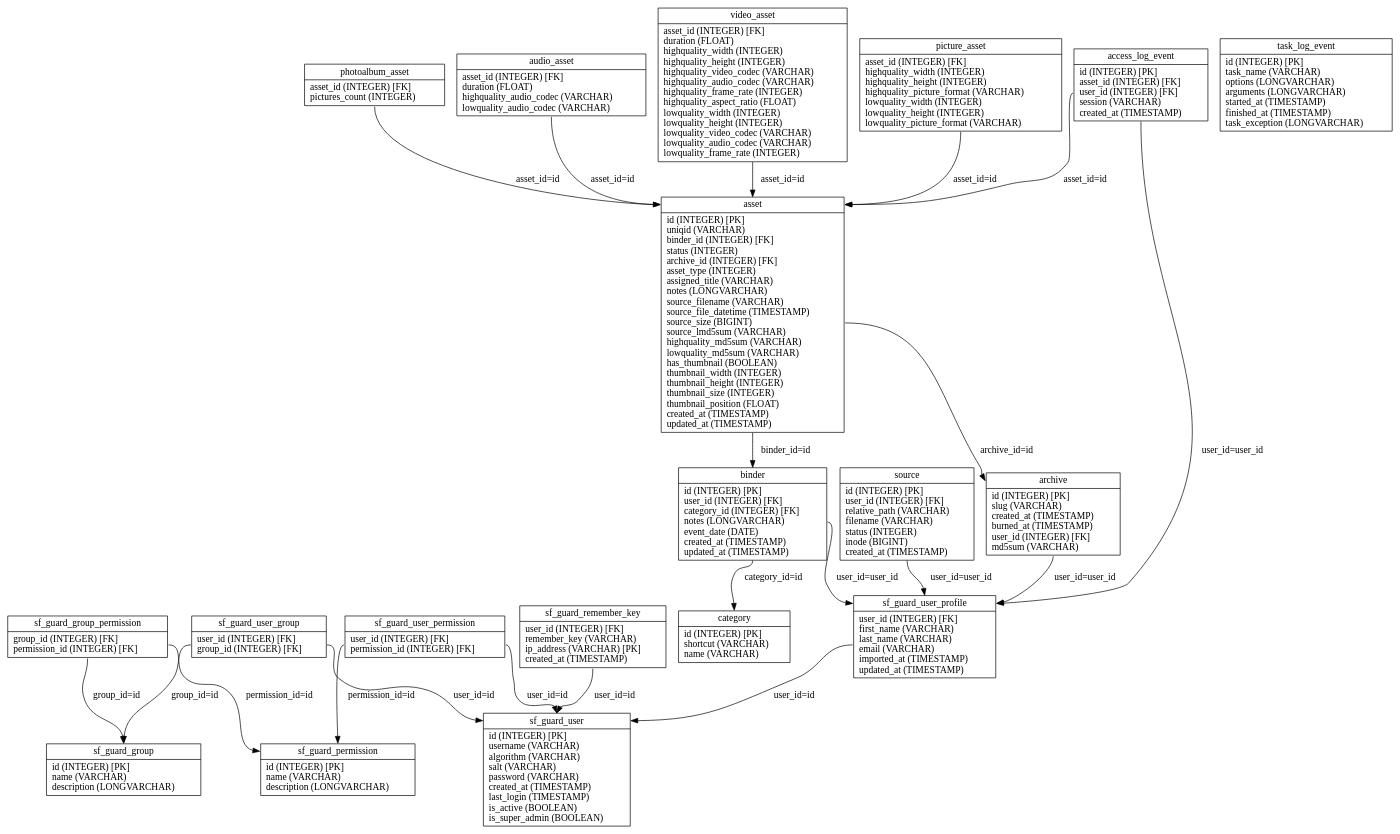
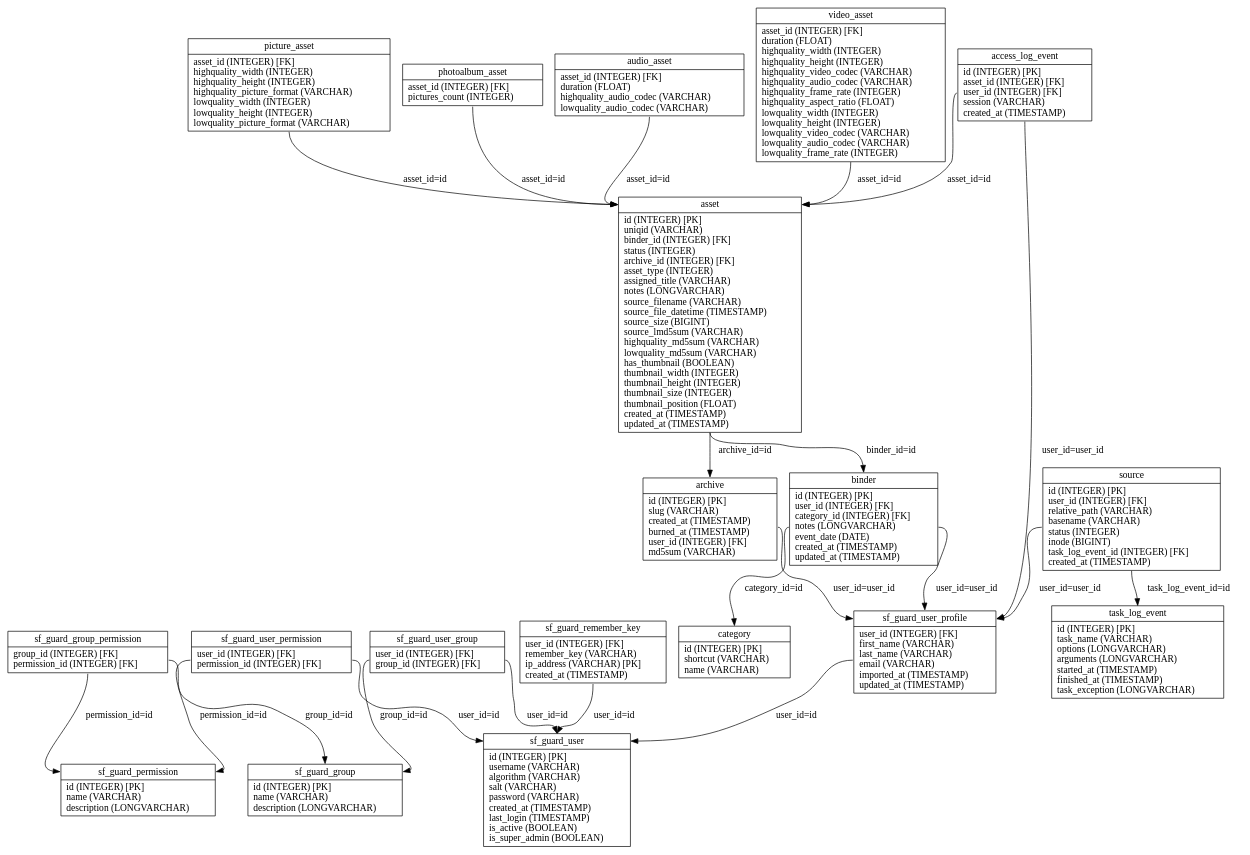
Before and after one commit to loristissino/wviola: the diagram in graph/propel.schema.dot, drawn with Graphviz.

Commit message:
fixed little bug

```diff
--- a/graph/propel.schema.dot
+++ b/graph/propel.schema.dot
@@ -1,42 +1,43 @@
 digraph G {
 nodesf_guard_group [label="{<table>sf_guard_group|<cols>id (INTEGER) [PK]\lname (VARCHAR)\ldescription (LONGVARCHAR)\l}", shape=record];
 nodesf_guard_permission [label="{<table>sf_guard_permission|<cols>id (INTEGER) [PK]\lname (VARCHAR)\ldescription (LONGVARCHAR)\l}", shape=record];
 nodesf_guard_group_permission [label="{<table>sf_guard_group_permission|<cols>group_id (INTEGER) [FK]\lpermission_id (INTEGER) [FK]\l}", shape=record];
 nodesf_guard_user [label="{<table>sf_guard_user|<cols>id (INTEGER) [PK]\lusername (VARCHAR)\lalgorithm (VARCHAR)\lsalt (VARCHAR)\lpassword (VARCHAR)\lcreated_at (TIMESTAMP)\llast_login (TIMESTAMP)\lis_active (BOOLEAN)\lis_super_admin (BOOLEAN)\l}", shape=record];
 nodesf_guard_user_permission [label="{<table>sf_guard_user_permission|<cols>user_id (INTEGER) [FK]\lpermission_id (INTEGER) [FK]\l}", shape=record];
 nodesf_guard_user_group [label="{<table>sf_guard_user_group|<cols>user_id (INTEGER) [FK]\lgroup_id (INTEGER) [FK]\l}", shape=record];
 nodesf_guard_remember_key [label="{<table>sf_guard_remember_key|<cols>user_id (INTEGER) [FK]\lremember_key (VARCHAR)\lip_address (VARCHAR) [PK]\lcreated_at (TIMESTAMP)\l}", shape=record];
 nodesf_guard_user_profile [label="{<table>sf_guard_user_profile|<cols>user_id (INTEGER) [FK]\lfirst_name (VARCHAR)\llast_name (VARCHAR)\lemail (VARCHAR)\limported_at (TIMESTAMP)\lupdated_at (TIMESTAMP)\l}", shape=record];
 nodeasset [label="{<table>asset|<cols>id (INTEGER) [PK]\luniqid (VARCHAR)\lbinder_id (INTEGER) [FK]\lstatus (INTEGER)\larchive_id (INTEGER) [FK]\lasset_type (INTEGER)\lassigned_title (VARCHAR)\lnotes (LONGVARCHAR)\lsource_filename (VARCHAR)\lsource_file_datetime (TIMESTAMP)\lsource_size (BIGINT)\lsource_lmd5sum (VARCHAR)\lhighquality_md5sum (VARCHAR)\llowquality_md5sum (VARCHAR)\lhas_thumbnail (BOOLEAN)\lthumbnail_width (INTEGER)\lthumbnail_height (INTEGER)\lthumbnail_size (INTEGER)\lthumbnail_position (FLOAT)\lcreated_at (TIMESTAMP)\lupdated_at (TIMESTAMP)\l}", shape=record];
 nodevideo_asset [label="{<table>video_asset|<cols>asset_id (INTEGER) [FK]\lduration (FLOAT)\lhighquality_width (INTEGER)\lhighquality_height (INTEGER)\lhighquality_video_codec (VARCHAR)\lhighquality_audio_codec (VARCHAR)\lhighquality_frame_rate (INTEGER)\lhighquality_aspect_ratio (FLOAT)\llowquality_width (INTEGER)\llowquality_height (INTEGER)\llowquality_video_codec (VARCHAR)\llowquality_audio_codec (VARCHAR)\llowquality_frame_rate (INTEGER)\l}", shape=record];
 nodepicture_asset [label="{<table>picture_asset|<cols>asset_id (INTEGER) [FK]\lhighquality_width (INTEGER)\lhighquality_height (INTEGER)\lhighquality_picture_format (VARCHAR)\llowquality_width (INTEGER)\llowquality_height (INTEGER)\llowquality_picture_format (VARCHAR)\l}", shape=record];
 nodephotoalbum_asset [label="{<table>photoalbum_asset|<cols>asset_id (INTEGER) [FK]\lpictures_count (INTEGER)\l}", shape=record];
 nodeaudio_asset [label="{<table>audio_asset|<cols>asset_id (INTEGER) [FK]\lduration (FLOAT)\lhighquality_audio_codec (VARCHAR)\llowquality_audio_codec (VARCHAR)\l}", shape=record];
 nodebinder [label="{<table>binder|<cols>id (INTEGER) [PK]\luser_id (INTEGER) [FK]\lcategory_id (INTEGER) [FK]\lnotes (LONGVARCHAR)\levent_date (DATE)\lcreated_at (TIMESTAMP)\lupdated_at (TIMESTAMP)\l}", shape=record];
 nodearchive [label="{<table>archive|<cols>id (INTEGER) [PK]\lslug (VARCHAR)\lcreated_at (TIMESTAMP)\lburned_at (TIMESTAMP)\luser_id (INTEGER) [FK]\lmd5sum (VARCHAR)\l}", shape=record];
 nodecategory [label="{<table>category|<cols>id (INTEGER) [PK]\lshortcut (VARCHAR)\lname (VARCHAR)\l}", shape=record];
 nodeaccess_log_event [label="{<table>access_log_event|<cols>id (INTEGER) [PK]\lasset_id (INTEGER) [FK]\luser_id (INTEGER) [FK]\lsession (VARCHAR)\lcreated_at (TIMESTAMP)\l}", shape=record];
 nodetask_log_event [label="{<table>task_log_event|<cols>id (INTEGER) [PK]\ltask_name (VARCHAR)\loptions (LONGVARCHAR)\larguments (LONGVARCHAR)\lstarted_at (TIMESTAMP)\lfinished_at (TIMESTAMP)\ltask_exception (LONGVARCHAR)\l}", shape=record];
-nodesource [label="{<table>source|<cols>id (INTEGER) [PK]\luser_id (INTEGER) [FK]\lrelative_path (VARCHAR)\lfilename (VARCHAR)\lstatus (INTEGER)\linode (BIGINT)\lcreated_at (TIMESTAMP)\l}", shape=record];
+nodesource [label="{<table>source|<cols>id (INTEGER) [PK]\luser_id (INTEGER) [FK]\lrelative_path (VARCHAR)\lbasename (VARCHAR)\lstatus (INTEGER)\linode (BIGINT)\ltask_log_event_id (INTEGER) [FK]\lcreated_at (TIMESTAMP)\l}", shape=record];
 
 nodesf_guard_group_permission:cols -> nodesf_guard_group:table [label="group_id=id "];
 nodesf_guard_group_permission:cols -> nodesf_guard_permission:table [label="permission_id=id "];
 nodesf_guard_user_permission:cols -> nodesf_guard_user:table [label="user_id=id "];
 nodesf_guard_user_permission:cols -> nodesf_guard_permission:table [label="permission_id=id "];
 nodesf_guard_user_group:cols -> nodesf_guard_user:table [label="user_id=id "];
 nodesf_guard_user_group:cols -> nodesf_guard_group:table [label="group_id=id "];
 nodesf_guard_remember_key:cols -> nodesf_guard_user:table [label="user_id=id "];
 nodesf_guard_user_profile:cols -> nodesf_guard_user:table [label="user_id=id "];
 nodeasset:cols -> nodebinder:table [label="binder_id=id "];
 nodeasset:cols -> nodearchive:table [label="archive_id=id "];
 nodevideo_asset:cols -> nodeasset:table [label="asset_id=id "];
 nodepicture_asset:cols -> nodeasset:table [label="asset_id=id "];
 nodephotoalbum_asset:cols -> nodeasset:table [label="asset_id=id "];
 nodeaudio_asset:cols -> nodeasset:table [label="asset_id=id "];
 nodebinder:cols -> nodesf_guard_user_profile:table [label="user_id=user_id "];
 nodebinder:cols -> nodecategory:table [label="category_id=id "];
 nodearchive:cols -> nodesf_guard_user_profile:table [label="user_id=user_id "];
 nodeaccess_log_event:cols -> nodeasset:table [label="asset_id=id "];
 nodeaccess_log_event:cols -> nodesf_guard_user_profile:table [label="user_id=user_id "];
 nodesource:cols -> nodesf_guard_user_profile:table [label="user_id=user_id "];
+nodesource:cols -> nodetask_log_event:table [label="task_log_event_id=id "];
 }
```
